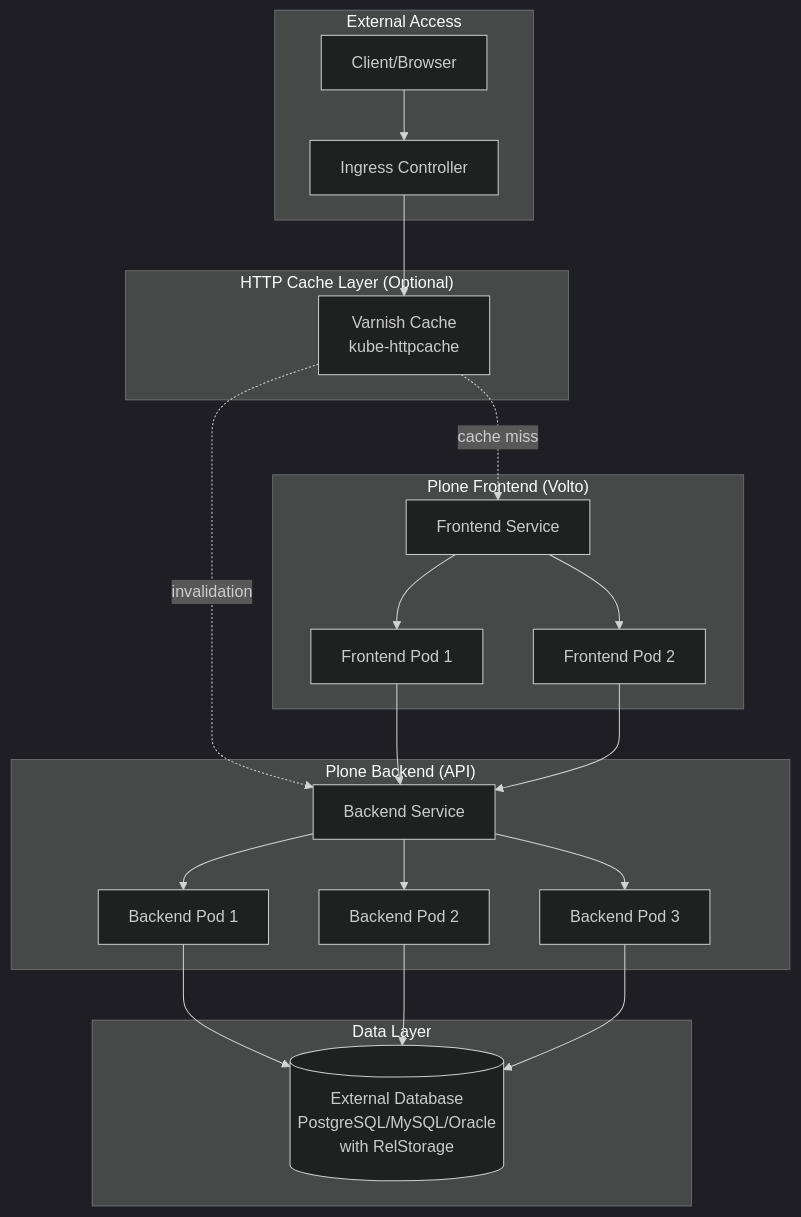
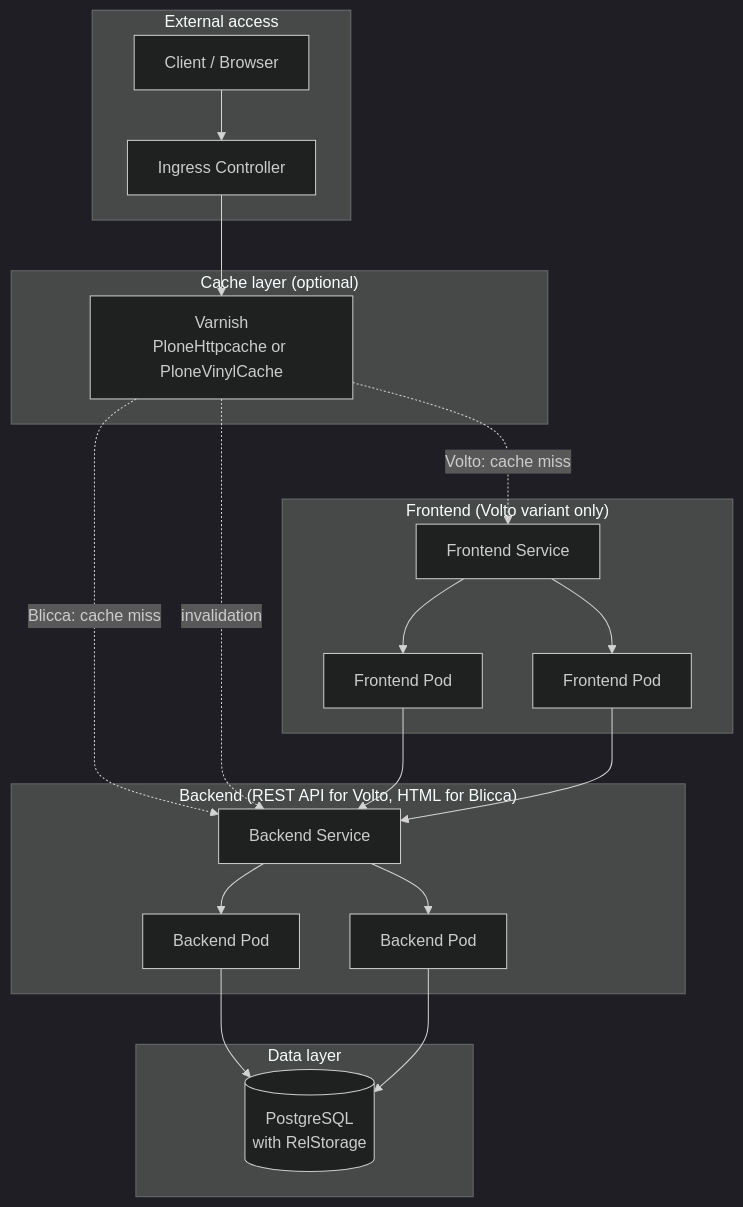
The diagram in documentation/sources/explanation/architecture.md (bluedynamics/cdk8s-plone), drawn with Mermaid (dark theme) before and after one commit. The commit also changed 11 other files, not shown here.

````diff
--- a/documentation/sources/explanation/architecture.md
+++ b/documentation/sources/explanation/architecture.md
@@ -104,47 +104,45 @@
 ```mermaid
 graph TB
-    subgraph "External Access"
-        Client[Client/Browser]
+    subgraph "External access"
+        Client[Client / Browser]
         Ingress[Ingress Controller]
     end
 
-    subgraph "HTTP Cache Layer (Optional)"
-        Varnish[Varnish Cache<br/>kube-httpcache]
+    subgraph "Cache layer (optional)"
+        Varnish[Varnish<br/>PloneHttpcache or PloneVinylCache]
     end
 
-    subgraph "Plone Frontend (Volto)"
+    subgraph "Frontend (Volto variant only)"
         FrontendSvc[Frontend Service]
-        Frontend1[Frontend Pod 1]
-        Frontend2[Frontend Pod 2]
+        Frontend1[Frontend Pod]
+        Frontend2[Frontend Pod]
     end
 
-    subgraph "Plone Backend (API)"
+    subgraph "Backend (REST API for Volto, HTML for Blicca)"
         BackendSvc[Backend Service]
-        Backend1[Backend Pod 1]
-        Backend2[Backend Pod 2]
-        Backend3[Backend Pod 3]
+        Backend1[Backend Pod]
+        Backend2[Backend Pod]
     end
 
-    subgraph "Data Layer"
-        DB[(External Database<br/>PostgreSQL/MySQL/Oracle<br/>with RelStorage)]
+    subgraph "Data layer"
+        DB[(PostgreSQL<br/>with RelStorage)]
     end
 
     Client --> Ingress
     Ingress --> Varnish
-    Varnish -.cache miss.-> FrontendSvc
+    Varnish -.Volto: cache miss.-> FrontendSvc
+    Varnish -.Blicca: cache miss.-> BackendSvc
     Varnish -.invalidation.-> BackendSvc
 
     FrontendSvc --> Frontend1
     FrontendSvc --> Frontend2
 
     Frontend1 --> BackendSvc
     Frontend2 --> BackendSvc
 
     BackendSvc --> Backend1
     BackendSvc --> Backend2
-    BackendSvc --> Backend3
 
     Backend1 --> DB
     Backend2 --> DB
-    Backend3 --> DB
 ```
````
